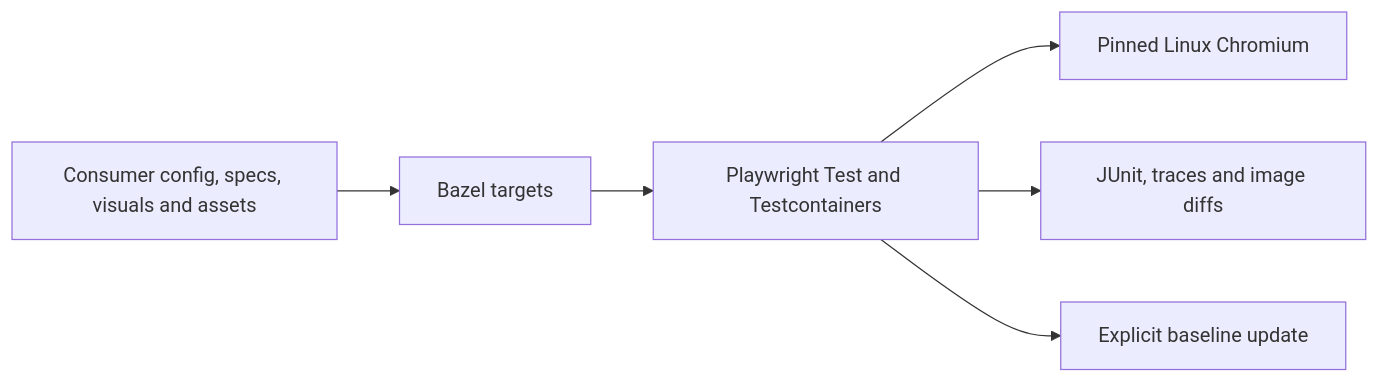
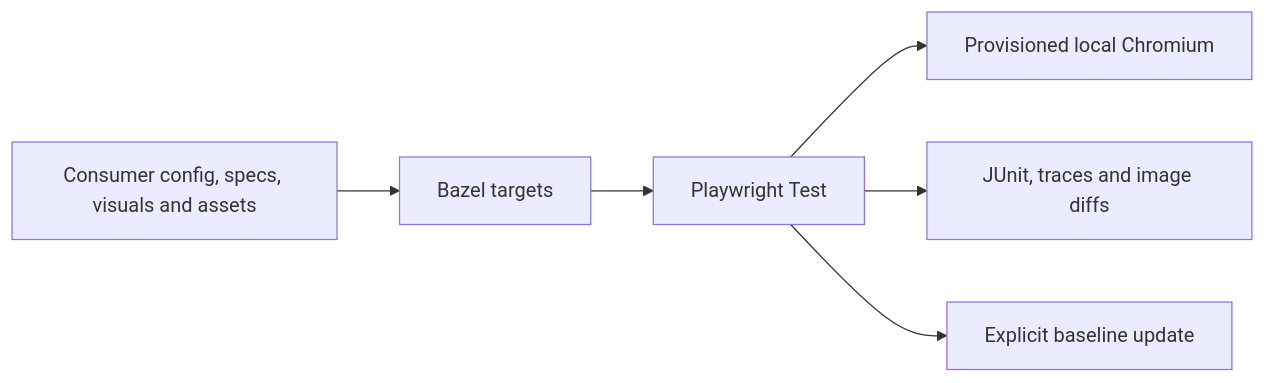
Before and after one commit to perplexityai/rules_web_e2e: the diagram in docs/oss-browser-testing-plan.md, drawn with Mermaid. The commit also changed other lines of this file and 36 other files, not shown here.

````diff
--- a/docs/oss-browser-testing-plan.md
+++ b/docs/oss-browser-testing-plan.md
@@ -11,8 +11,8 @@
 ```mermaid
 flowchart LR
   Inputs[Consumer config, specs, visuals and assets] --> Rules[Bazel targets]
-  Rules --> Runtime[Playwright Test and Testcontainers]
-  Runtime --> Browser[Pinned Linux Chromium]
+  Rules --> Runtime[Playwright Test]
+  Runtime --> Browser[Provisioned local Chromium]
   Runtime --> Reports[JUnit, traces and image diffs]
   Runtime --> Update[Explicit baseline update]
 ```
````
